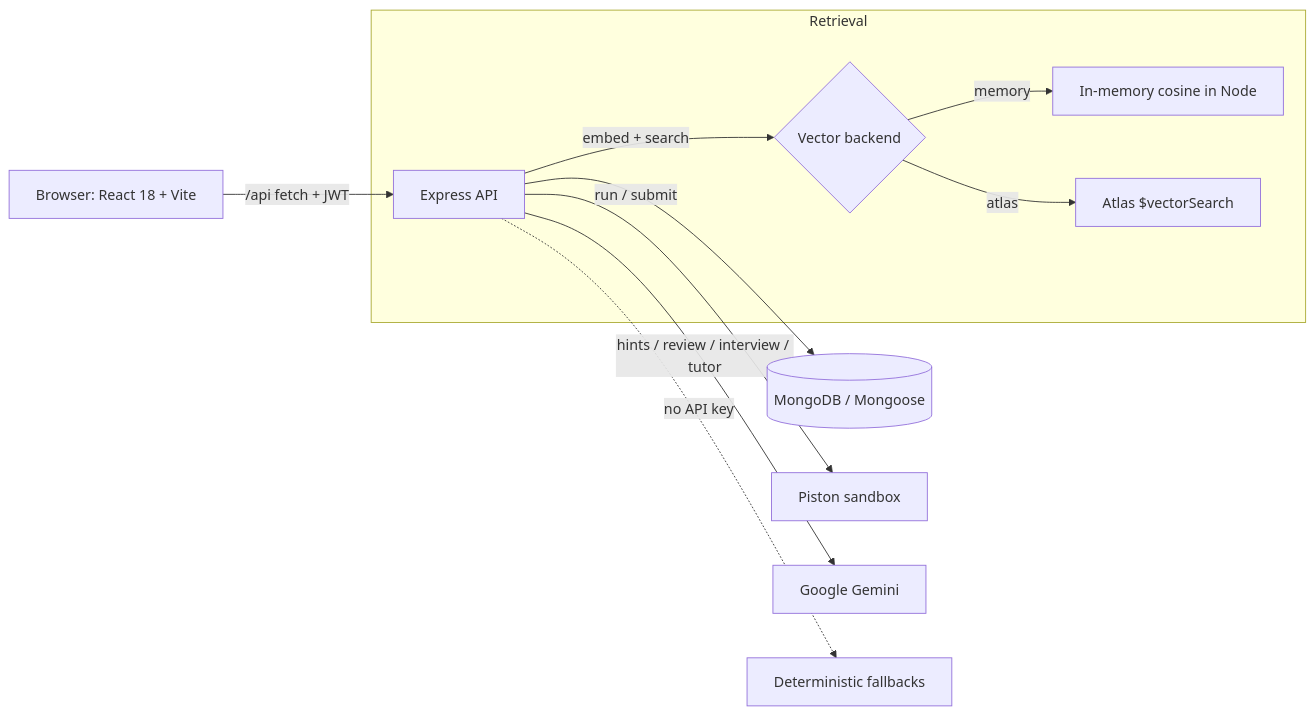
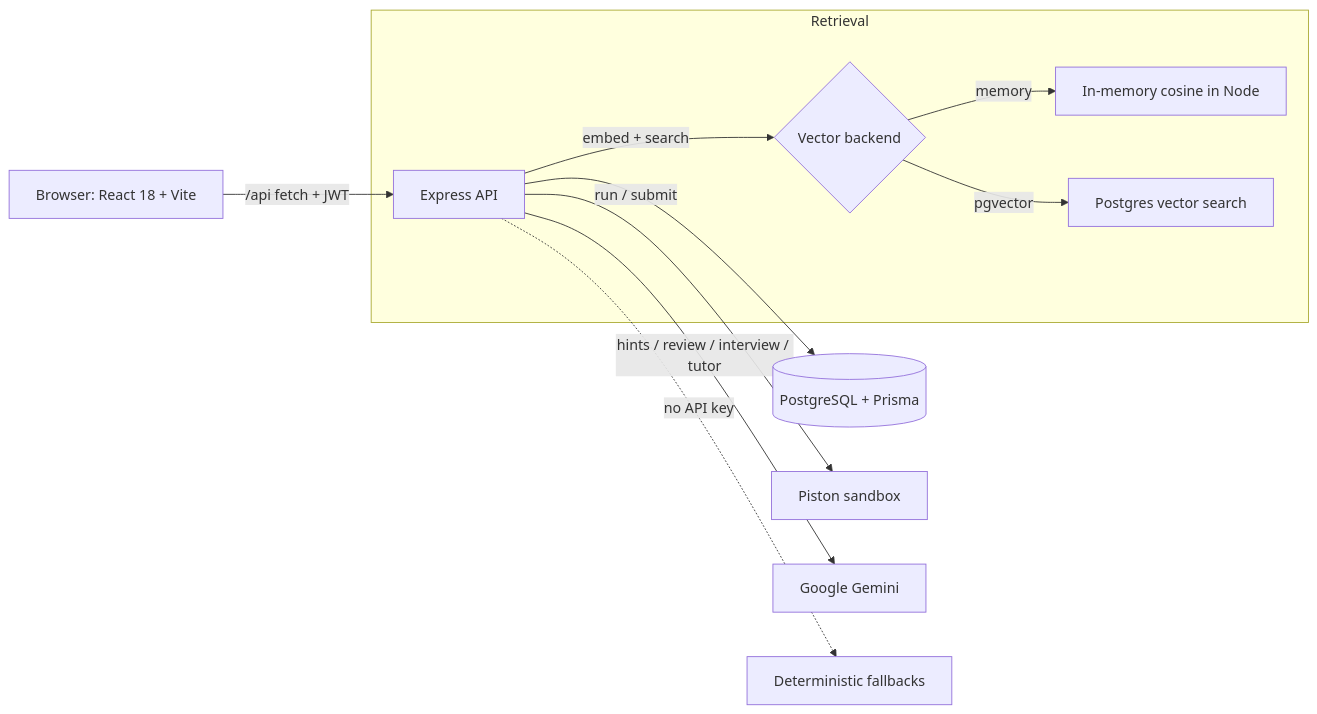
One commit to Ashish0555/CodeSage changed the first of 4 diagrams in docs/ARCHITECTURE.md. Above: the diagram before and after it, drawn with Mermaid. The commit also changed other lines of this file and 29 other files, not shown here.

Commit message:
Migrate persistence layer to PostgreSQL

````diff
--- a/docs/ARCHITECTURE.md
+++ b/docs/ARCHITECTURE.md
@@ -31,13 +31,13 @@
 ```mermaid
 flowchart LR
   U[Browser: React 18 + Vite] -->|/api  fetch + JWT| S[Express API]
-  S --> DB[(MongoDB / Mongoose)]
+  S --> DB[(PostgreSQL + Prisma)]
   S -->|run / submit| P[Piston sandbox]
   S -->|hints / review / interview / tutor| G[Google Gemini]
   S -.->|no API key| F[Deterministic fallbacks]
   subgraph Retrieval
     S -->|embed + search| V{Vector backend}
     V -->|memory| MEM[In-memory cosine in Node]
-    V -->|atlas| ATL[Atlas $vectorSearch]
+    V -->|pgvector| PV[Postgres vector search]
   end
 ```
````
